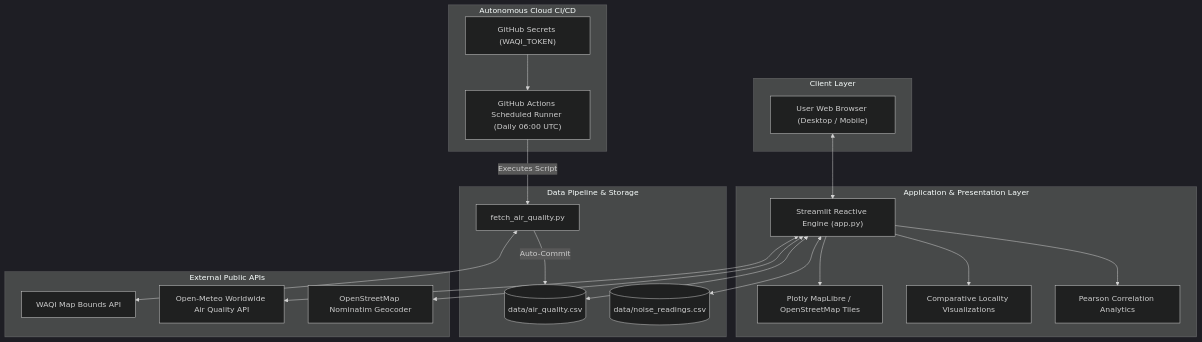
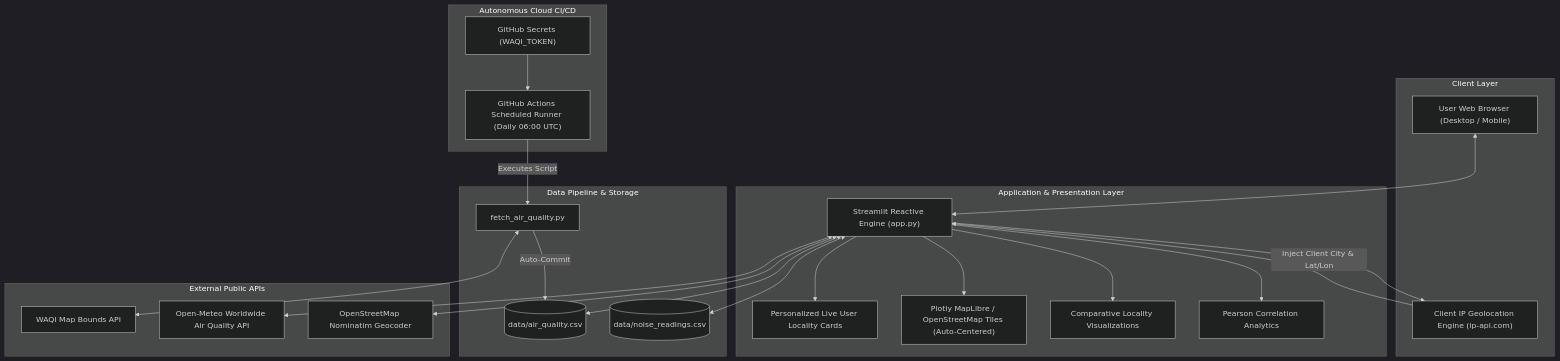
One commit to manavssingh/Pollution-Mapper changed the first of 2 diagrams in PROJECT_REPORT.md. Above: the diagram before and after it, drawn with Mermaid (dark theme). The commit also changed other lines of this file and 4 other files, not shown here.

Commit message:
feat: add automatic visitor live geolocation, personalized metrics, and updated documentation

````diff
--- a/PROJECT_REPORT.md
+++ b/PROJECT_REPORT.md
@@ -61,45 +64,50 @@
 ```mermaid
 flowchart TD
     subgraph Client Layer
         Browser["User Web Browser (Desktop / Mobile)"]
+        IP_Engine["Client IP Geolocation Engine (ip-api.com)"]
     end
 
     subgraph Application & Presentation Layer
         Streamlit["Streamlit Reactive Engine (app.py)"]
-        PlotlyMap["Plotly MapLibre / OpenStreetMap Tiles"]
+        PersonalMetrics["Personalized Live User Locality Cards"]
+        PlotlyMap["Plotly MapLibre / OpenStreetMap Tiles (Auto-Centered)"]
         BarCharts["Comparative Locality Visualizations"]
         ScatterCorr["Pearson Correlation Analytics"]
     end
 
     subgraph Data Pipeline & Storage
         CSV_Air[("data/air_quality.csv")]
         CSV_Noise[("data/noise_readings.csv")]
         Fetcher["fetch_air_quality.py"]
     end
 
     subgraph External Public APIs
         WAQI["WAQI Map Bounds API"]
         OpenMeteo["Open-Meteo Worldwide Air Quality API"]
         Nominatim["OpenStreetMap Nominatim Geocoder"]
     end
 
     subgraph Autonomous Cloud CI/CD
         GHA["GitHub Actions Scheduled Runner (Daily 06:00 UTC)"]
         GHS["GitHub Secrets (WAQI_TOKEN)"]
     end
 
     Browser <--> Streamlit
+    Streamlit --> IP_Engine
+    IP_Engine -->|Inject Client City & Lat/Lon| Streamlit
+    Streamlit --> PersonalMetrics
     Streamlit --> PlotlyMap
     Streamlit --> BarCharts
     Streamlit --> ScatterCorr
 
     Streamlit <--> CSV_Air
     Streamlit <--> CSV_Noise
     Streamlit <--> Nominatim
     Streamlit <--> OpenMeteo
 
     GHS --> GHA
     GHA -->|Executes Script| Fetcher
     Fetcher <--> WAQI
     Fetcher -->|Auto-Commit| CSV_Air
 ```
````
